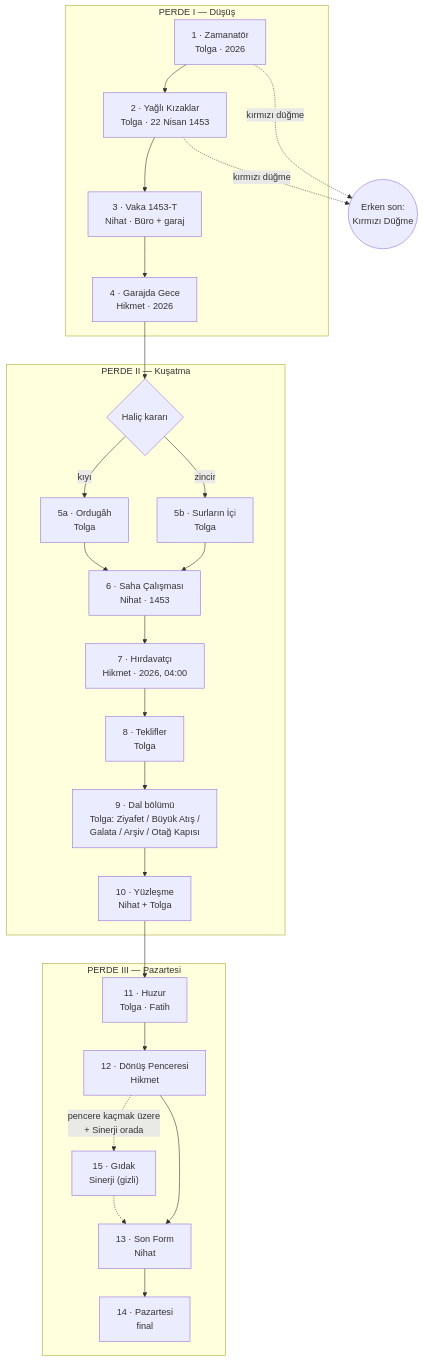
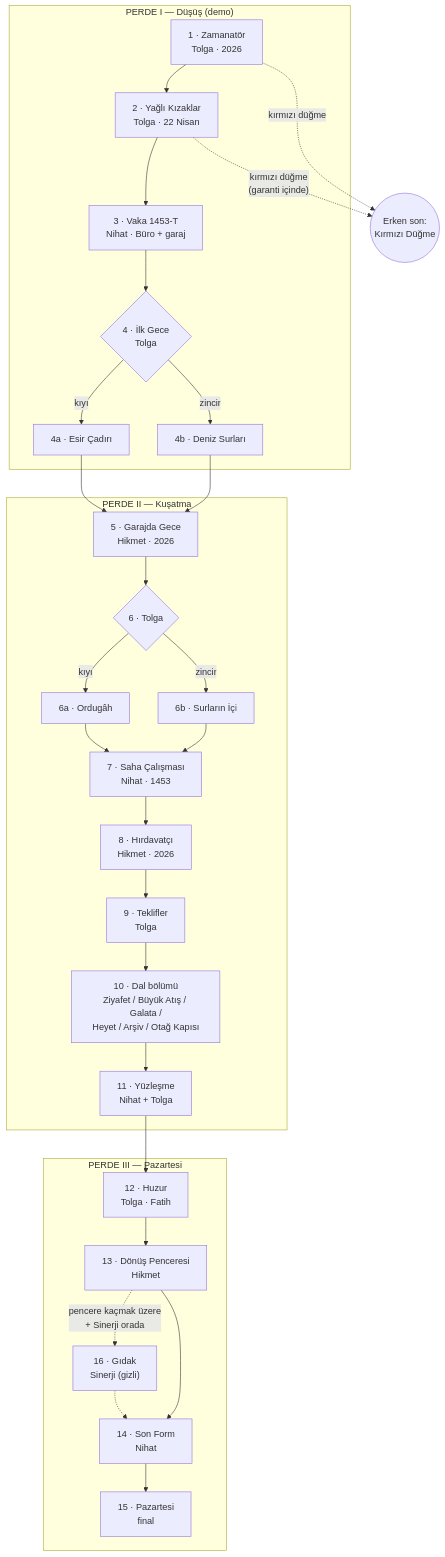
Before and after one commit to TradersEntertainment/nothistorygame: the first of 3 diagrams in docs/CHAPTERS.md, drawn with Mermaid. The commit also changed other lines of this file and 5 other files, not shown here.

````diff
--- a/docs/CHAPTERS.md
+++ b/docs/CHAPTERS.md
@@ -161,29 +235,33 @@
 ```mermaid
 flowchart TD
-    subgraph P1["PERDE I — Düşüş"]
-        B1["1 · Zamanatör<br/>Tolga · 2026"] --> B2["2 · Yağlı Kızaklar<br/>Tolga · 22 Nisan 1453"]
+    subgraph P1["PERDE I — Düşüş (demo)"]
+        B1["1 · Zamanatör<br/>Tolga · 2026"] --> B2["2 · Yağlı Kızaklar<br/>Tolga · 22 Nisan"]
         B2 --> B3["3 · Vaka 1453-T<br/>Nihat · Büro + garaj"]
-        B3 --> B4["4 · Garajda Gece<br/>Hikmet · 2026"]
+        B3 --> B4{"4 · İlk Gece<br/>Tolga"}
+        B4 -->|"kıyı"| B4a["4a · Esir Çadırı"]
+        B4 -->|"zincir"| B4b["4b · Deniz Surları"]
     end
     subgraph P2["PERDE II — Kuşatma"]
-        B4 --> B5{"Haliç kararı"}
-        B5 -->|"kıyı"| B5a["5a · Ordugâh<br/>Tolga"]
-        B5 -->|"zincir"| B5b["5b · Surların İçi<br/>Tolga"]
-        B5a --> B6["6 · Saha Çalışması<br/>Nihat · 1453"]
-        B5b --> B6
-        B6 --> B7["7 · Hırdavatçı<br/>Hikmet · 2026, 04:00"]
-        B7 --> B8["8 · Teklifler<br/>Tolga"]
-        B8 --> B9["9 · Dal bölümü<br/>Tolga: Ziyafet / Büyük Atış /<br/>Galata / Arşiv / Otağ Kapısı"]
-        B9 --> B10["10 · Yüzleşme<br/>Nihat + Tolga"]
+        B4a --> B5["5 · Garajda Gece<br/>Hikmet · 2026"]
+        B4b --> B5
+        B5 --> B6{"6 · Tolga"}
+        B6 -->|"kıyı"| B6a["6a · Ordugâh"]
+        B6 -->|"zincir"| B6b["6b · Surların İçi"]
+        B6a --> B7["7 · Saha Çalışması<br/>Nihat · 1453"]
+        B6b --> B7
+        B7 --> B8["8 · Hırdavatçı<br/>Hikmet · 2026"]
+        B8 --> B9["9 · Teklifler<br/>Tolga"]
+        B9 --> B10["10 · Dal bölümü<br/>Ziyafet / Büyük Atış / Galata /<br/>Heyet / Arşiv / Otağ Kapısı"]
+        B10 --> B11["11 · Yüzleşme<br/>Nihat + Tolga"]
     end
     subgraph P3["PERDE III — Pazartesi"]
-        B10 --> B11["11 · Huzur<br/>Tolga · Fatih"]
-        B11 --> B12["12 · Dönüş Penceresi<br/>Hikmet"]
-        B12 -.->|"pencere kaçmak üzere<br/>+ Sinerji orada"| B15["15 · Gıdak<br/>Sinerji (gizli)"]
-        B15 -.-> B13
-        B12 --> B13["13 · Son Form<br/>Nihat"]
-        B13 --> B14["14 · Pazartesi<br/>final"]
+        B11 --> B12["12 · Huzur<br/>Tolga · Fatih"]
+        B12 --> B13["13 · Dönüş Penceresi<br/>Hikmet"]
+        B13 -.->|"pencere kaçmak üzere<br/>+ Sinerji orada"| B16["16 · Gıdak<br/>Sinerji (gizli)"]
+        B16 -.-> B14
+        B13 --> B14["14 · Son Form<br/>Nihat"]
+        B14 --> B15["15 · Pazartesi<br/>final"]
     end
     B1 -.->|"kırmızı düğme"| KD(("Erken son:<br/>Kırmızı Düğme"))
-    B2 -.->|"kırmızı düğme"| KD
+    B2 -.->|"kırmızı düğme<br/>(garanti içinde)"| KD
 ```
````
